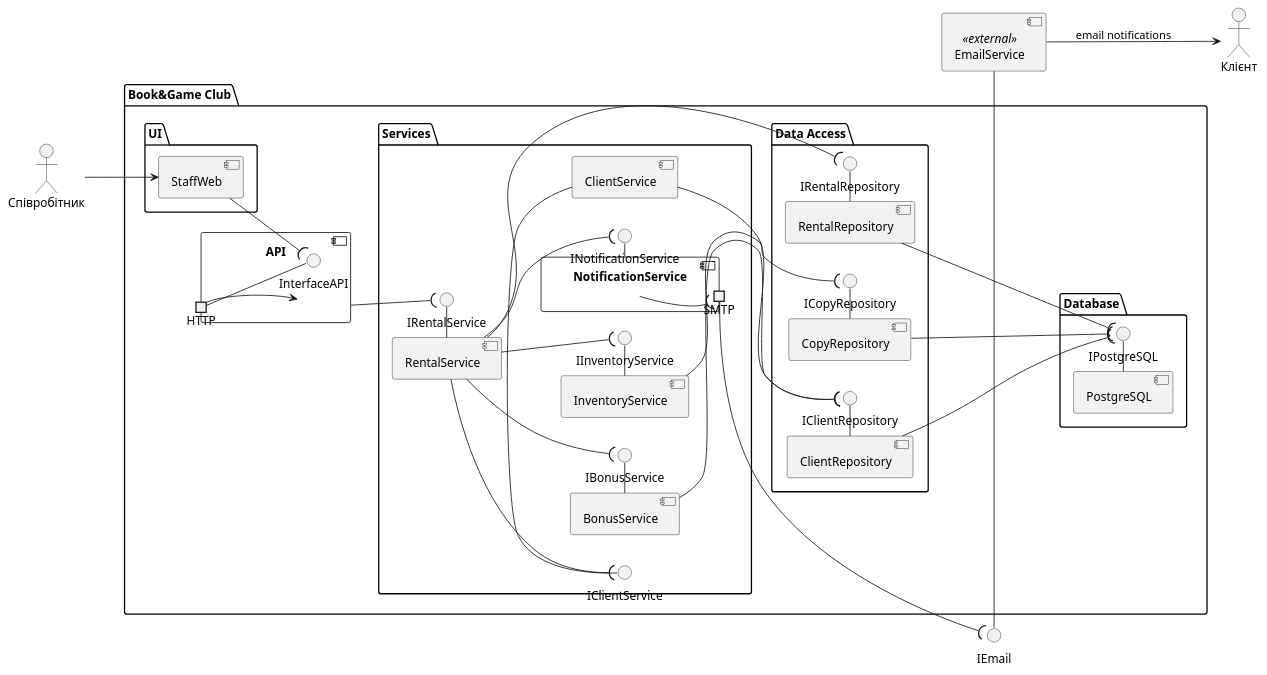
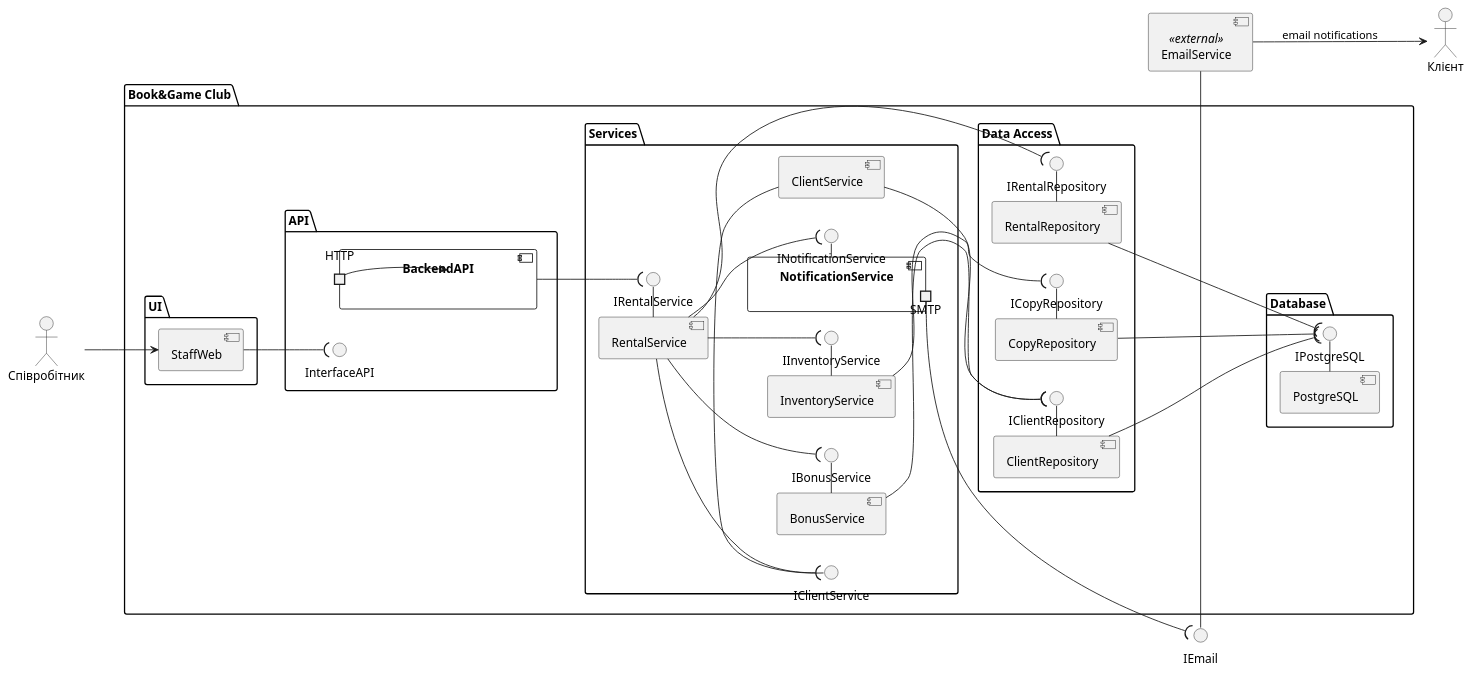
The diagram in task5/components.puml (sofiakiosova37-boop/bookshop_kpi2), drawn with PlantUML before and after one commit.

Commit message:
minor corrections

```diff
--- a/task5/components.puml
+++ b/task5/components.puml
@@ -9,87 +9,86 @@
 @startuml
 skinparam componentStyle uml2
 left to right direction
 
 actor "Клієнт" as Customer
 actor "Співробітник" as Staff
 
 package "Book&Game Club" {
     package "UI" {
         component "StaffWeb" as Web
     }
     package "API" {
-        component "BackendAPI" as API {
+        component "BackendAPI" as BEAPI {
             portin "HTTP" as pIn
         }
         interface "InterfaceAPI" as IAPI
     }
     package "Services" {
         component "ClientService" as CS
         component "BonusService" as BS
         component "InventoryService" as IS
         component "RentalService" as RS
         component "NotificationService" as NS {
             portout "SMTP" as pMailOut
         }
 
         interface "IClientService" as ICS
         interface "IBonusService" as IBS
         interface "IInventoryService" as IIS
         interface "IRentalService" as IRS
         interface "INotificationService" as INS
     }
     package "Data Access" {
         component "RentalRepository" as RentalR
         component "CopyRepository" as CopyR
         component "ClientRepository" as ClientR
 
         interface "IRentalRepository" as IRentalR
         interface "ICopyRepository" as ICopyR
         interface "IClientRepository" as IClientR
     }
     package "Database" {
         component "PostgreSQL" as PostgreSQL
         interface "IPostgreSQL" as ISQL
     }
 }
 
 component "EmailService" <<external>> as ES
 interface "IEmail" as IE
 
 Staff --> Web
 ES --> Customer : email notifications
 Web --( IAPI
-pIn -() IAPI
-pIn --> API
+pIn --> BEAPI
 
 CS -() ICS
 BS -() IBS
 IS -() IIS
 RS -() IRS
 NS -() INS
 
-API --( IRS
+BEAPI --( IRS
 
 RS --( ICS
 RS --( IBS
 RS --( IIS
 RS --( INS
 
 PostgreSQL -() ISQL
 RentalR --( ISQL
 CopyR --( ISQL
 ClientR --( ISQL
 
 RentalR -() IRentalR
 CopyR -() ICopyR
 ClientR -() IClientR
 
 RS --( IRentalR
 CS --( IClientR
 BS --( IClientR
 IS --( ICopyR
 
 ES -() IE
-NS --( pMailOut
 pMailOut --( IE
-@endumlm 
+
+@enduml 
```
